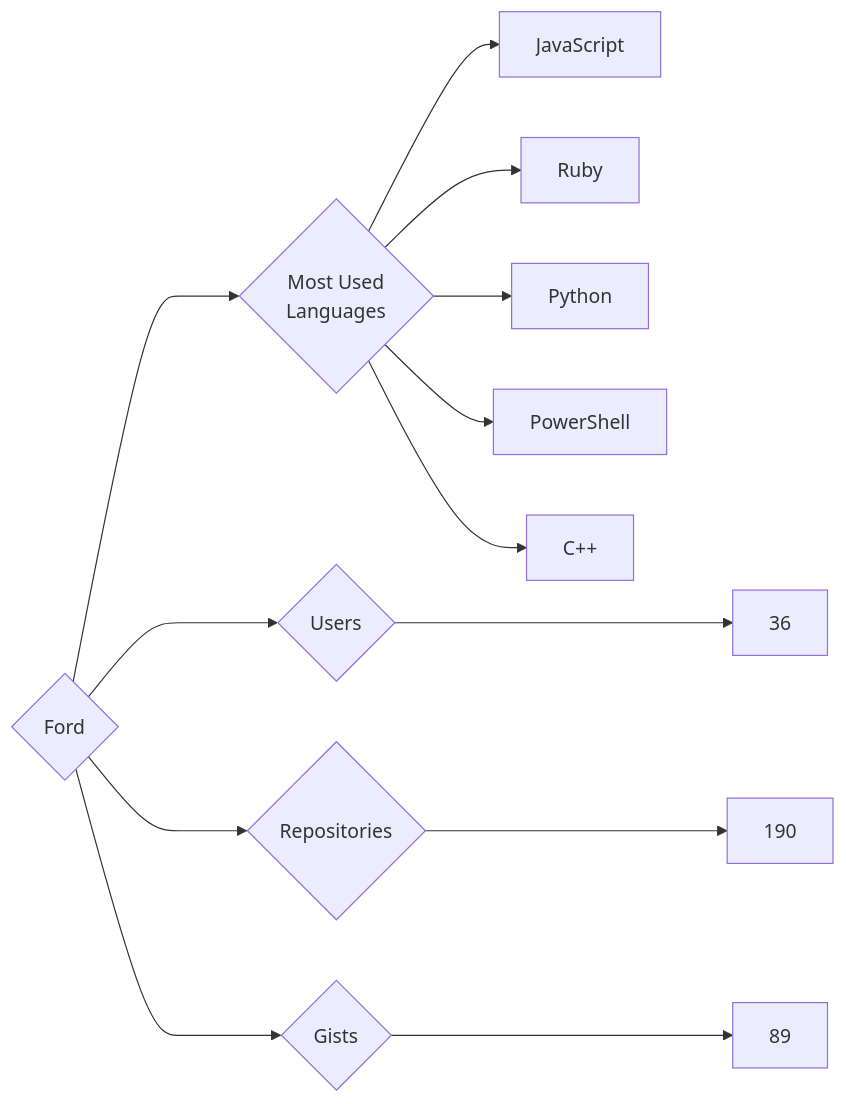
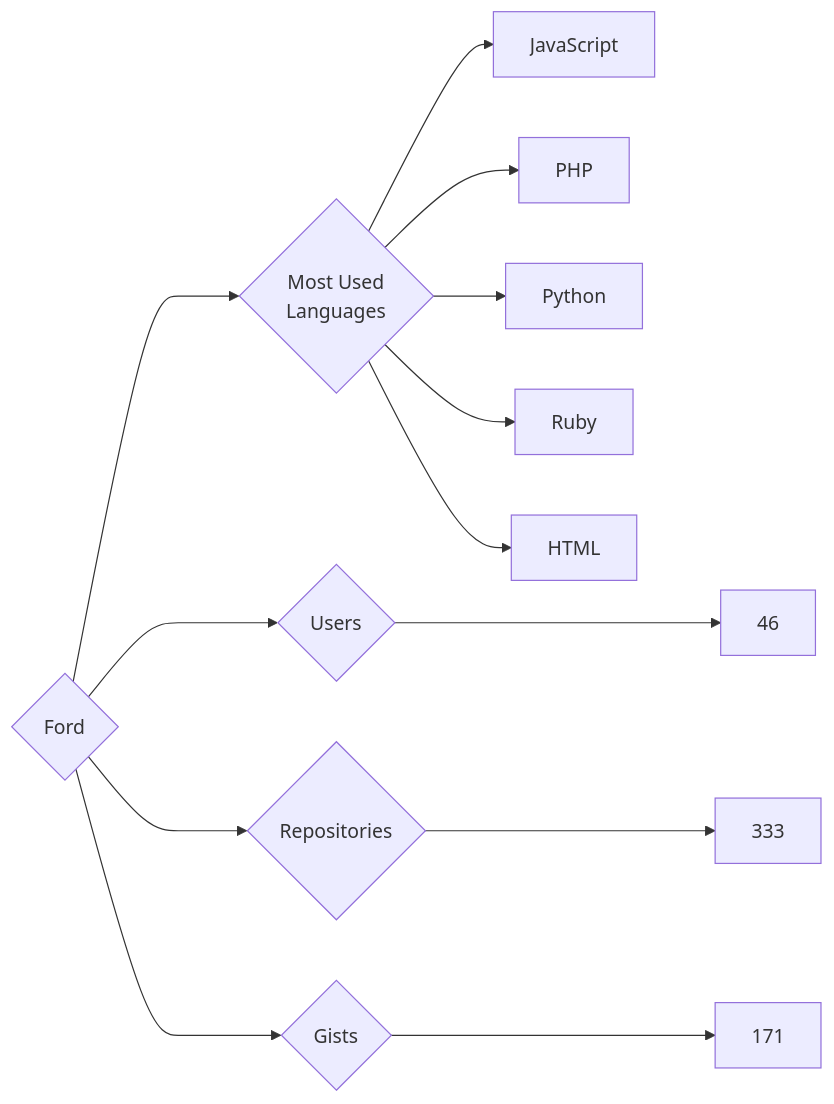
One commit to trickest/insiders changed the diagram in targets/Ford/README.md. Above: the diagram before and after it, drawn with Mermaid. The commit also changed 927 other files, not shown here.

````diff
--- a/targets/Ford/README.md
+++ b/targets/Ford/README.md
@@ -3,13 +3,13 @@
 ```mermaid
 graph LR
 COMPANY_NAME{Ford}
-COMPANY_NAME ---> U{Users} ---> UN[36]
-COMPANY_NAME ---> R{Repositories} ---> RN[190]
-COMPANY_NAME ---> G{Gists} ---> GN[89]
+COMPANY_NAME ---> U{Users} ---> UN[46]
+COMPANY_NAME ---> R{Repositories} ---> RN[333]
+COMPANY_NAME ---> G{Gists} ---> GN[171]
 COMPANY_NAME ---> ML{Most Used<br>Languages}
 ML --> JavaScript[JavaScript]
+ML --> PHP[PHP]
+ML --> Python[Python]
 ML --> Ruby[Ruby]
-ML --> Python[Python]
-ML --> PowerShell[PowerShell]
-ML --> C++[C++]
+ML --> HTML[HTML]
 ```
````
